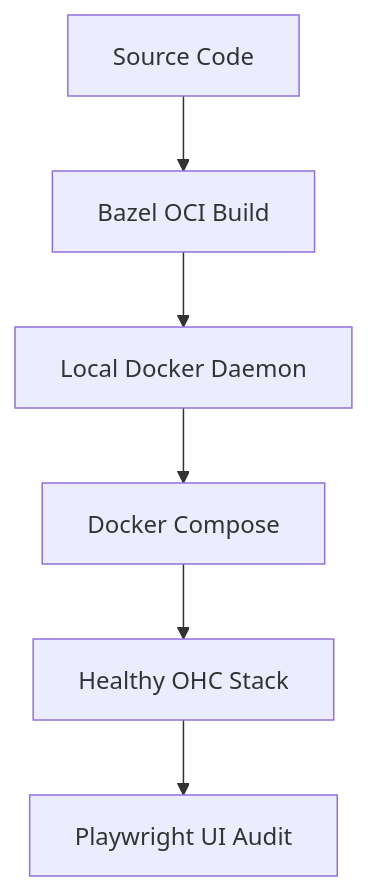
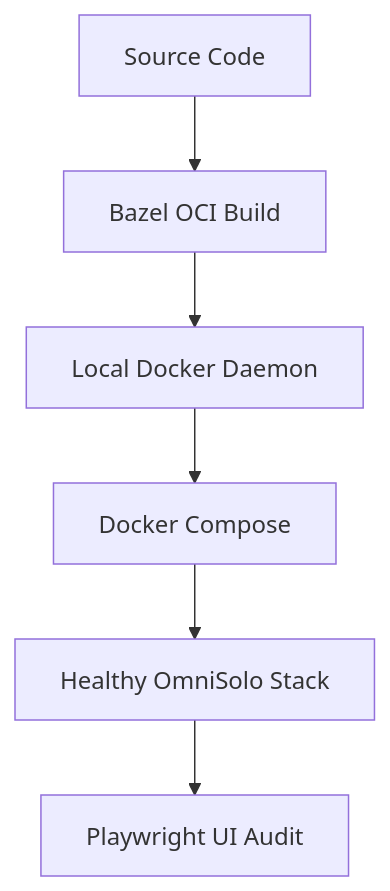
Before and after one commit to omnisolo-llc/onehumancorp: the diagram in docs/research/[maintenance]_docker_environment_fix.md, drawn with Mermaid. The commit also changed other lines of this file and 2191 other files, not shown here.

Commit message:
feat: complete OmniSolo rename and browser audit

````diff
--- a/docs/research/[maintenance]_docker_environment_fix.md
+++ b/docs/research/[maintenance]_docker_environment_fix.md
@@ -17,8 +17,8 @@
 ```mermaid
 graph TD
     Source[Source Code] --> Bazel[Bazel OCI Build]
     Bazel --> LocalDocker[Local Docker Daemon]
     LocalDocker --> Compose[Docker Compose]
-    Compose --> HealthyStack[Healthy OHC Stack]
+    Compose --> HealthyStack[Healthy OmniSolo Stack]
     HealthyStack --> Playwright[Playwright UI Audit]
 ```
````
